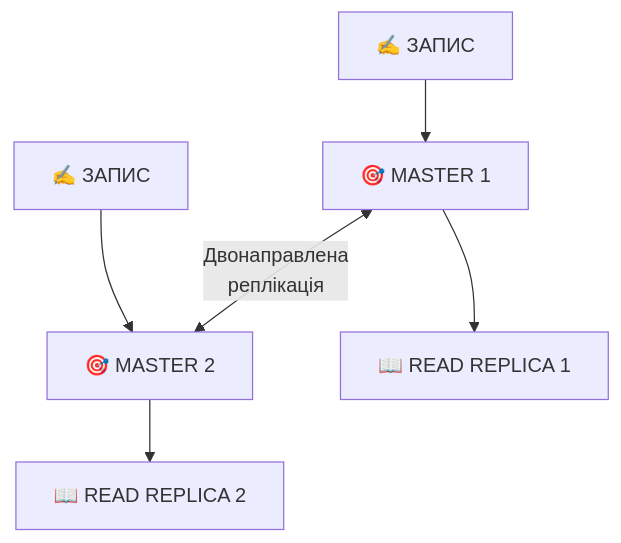
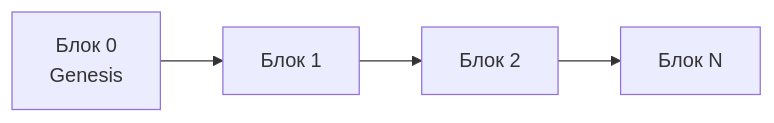
Before and after one commit to olroi421/course-bd: the seventh of 9 diagrams in presentations/presentation-16.md, drawn with Mermaid. The commit also changed other lines of this file and 26 other files, not shown here.

````diff
--- a/presentations/presentation-16.md
+++ b/presentations/presentation-16.md
@@ -313,10 +204,4 @@
 ```mermaid
-graph TB
-    W1[✍️ ЗАПИС] --> M1[🎯 MASTER 1]
-    W2[✍️ ЗАПИС] --> M2[🎯 MASTER 2]
-
-    M1 <-->|Двонаправлена<br/>реплікація| M2
-
-    M1 --> R1[📖 READ REPLICA 1]
-    M2 --> R2[📖 READ REPLICA 2]
+graph LR
+    A[Блок 0<br/>Genesis] --> B[Блок 1] --> C[Блок 2] --> D[Блок N]
 ```
````
